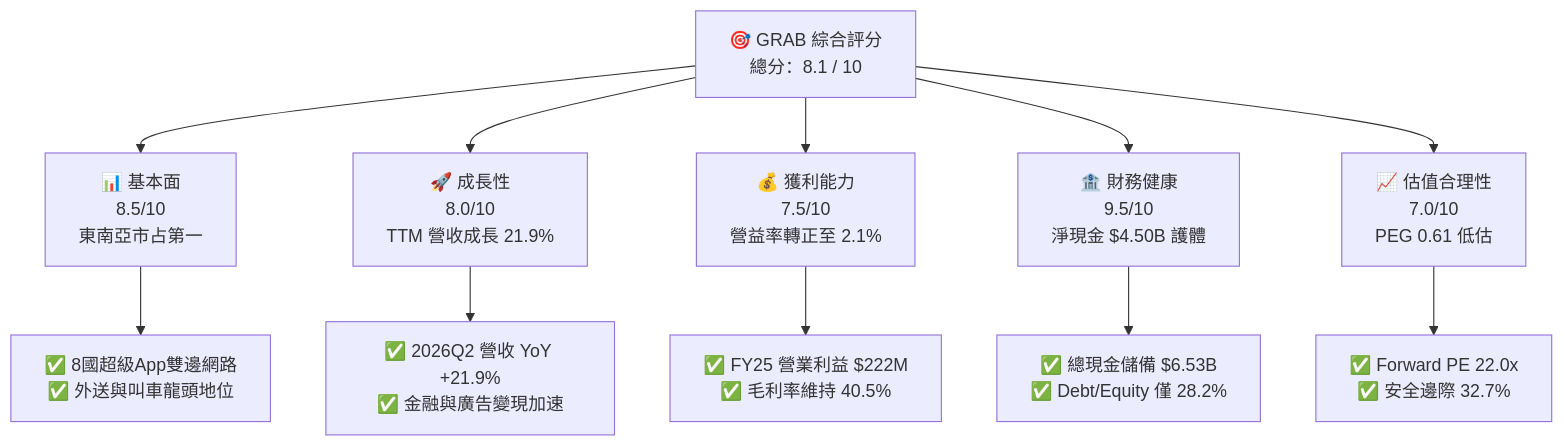
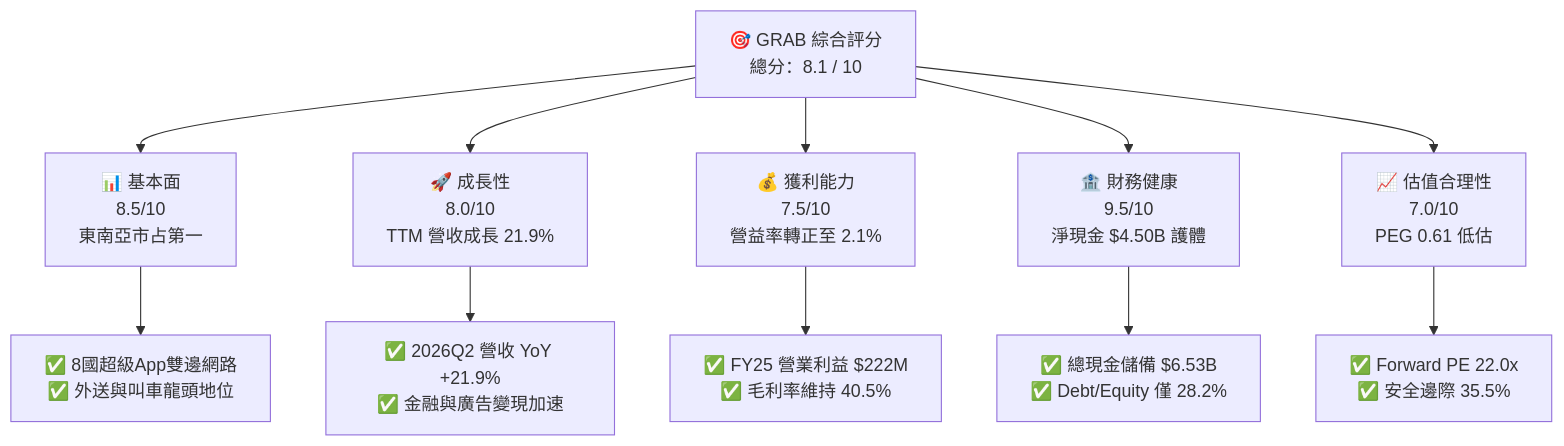
The first of 15 diagrams in ai_gen_report/fundamental/grab/fundamental_analysis_2026-10-15_gemini.md (yennanliu/finance_data), drawn with Mermaid before and after one commit. The commit also changed other lines of this file and 339 other files, not shown here.

````diff
--- a/ai_gen_report/fundamental/grab/fundamental_analysis_2026-10-15_gemini.md
+++ b/ai_gen_report/fundamental/grab/fundamental_analysis_2026-10-15_gemini.md
@@ -58,22 +65,22 @@
 ```mermaid
 graph TD
     GRAB["🎯 GRAB 綜合評分<br/>總分：8.1 / 10"]
 
     F["📊 基本面<br/>8.5/10<br/>東南亞市占第一"]
     G["🚀 成長性<br/>8.0/10<br/>TTM 營收成長 21.9%"]
     P["💰 獲利能力<br/>7.5/10<br/>營益率轉正至 2.1%"]
     B["🏦 財務健康<br/>9.5/10<br/>淨現金 $4.50B 護體"]
     V["📈 估值合理性<br/>7.0/10<br/>PEG 0.61 低估"]
 
     GRAB --> F
     GRAB --> G
     GRAB --> P
     GRAB --> B
     GRAB --> V
 
     F --> F1["✅ 8國超級App雙邊網路<br/>✅ 外送與叫車龍頭地位"]
     G --> G1["✅ 2026Q2 營收 YoY +21.9%<br/>✅ 金融與廣告變現加速"]
     P --> P1["✅ FY25 營業利益 $222M<br/>✅ 毛利率維持 40.5%"]
     B --> B1["✅ 總現金儲備 $6.53B<br/>✅ Debt/Equity 僅 28.2%"]
-    V --> V1["✅ Forward PE 22.0x<br/>✅ 安全邊際 32.7%"]
+    V --> V1["✅ Forward PE 22.0x<br/>✅ 安全邊際 35.5%"]
 ```
````
